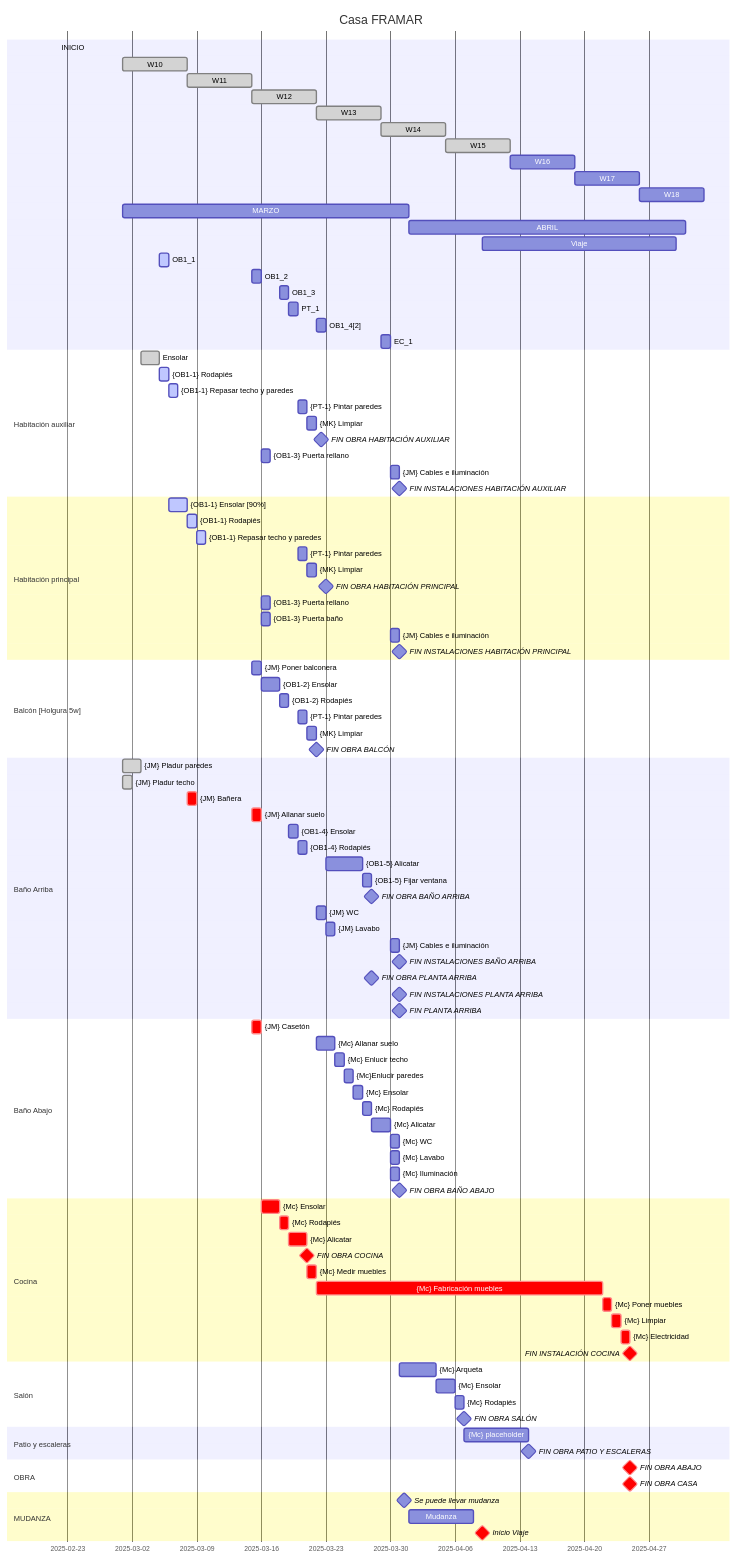
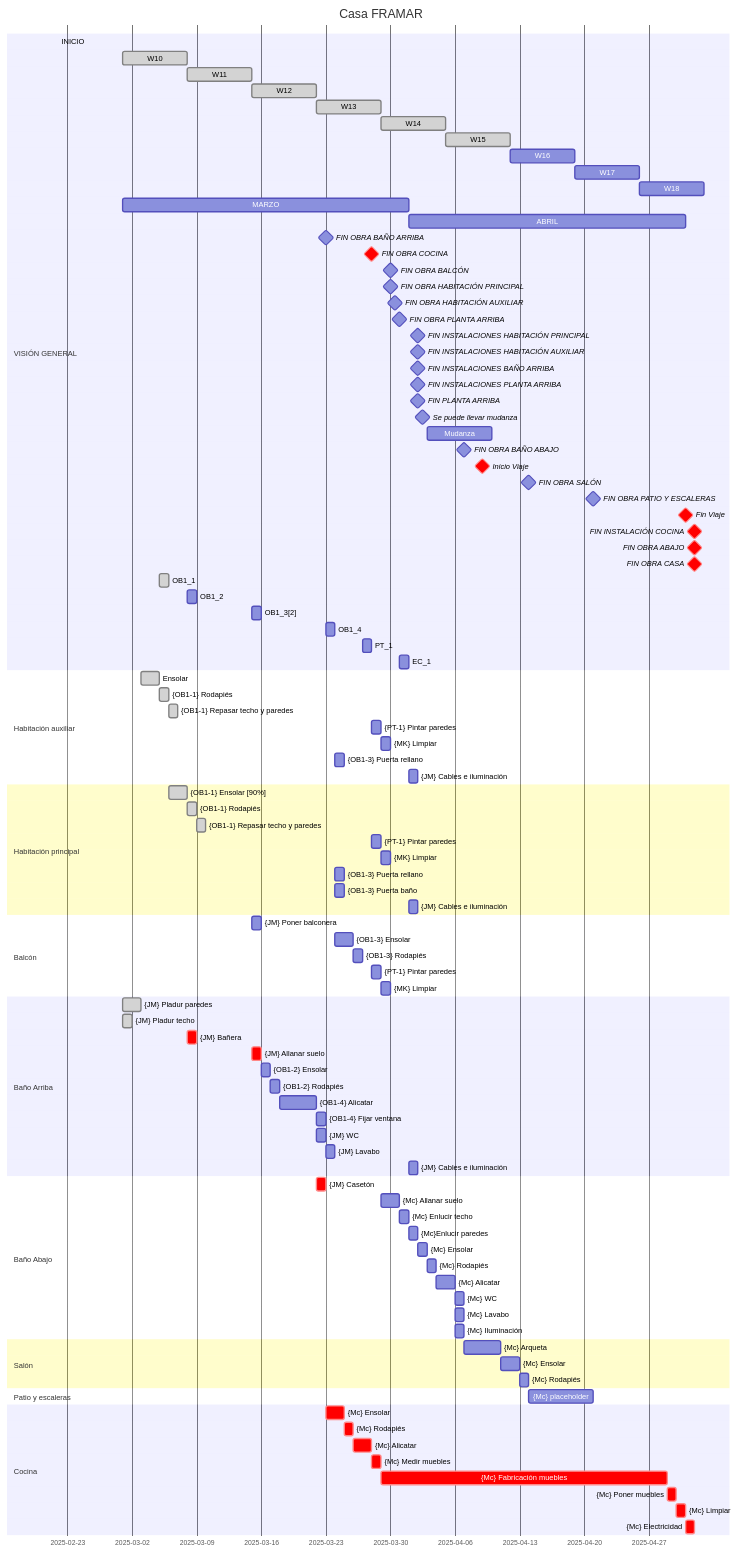
The first of 2 diagrams in Casa_Marcos.md (DiegoCLindsey/cajon_de_sastre), drawn with Mermaid before and after one commit. The commit also changed other lines of this file, not shown here.

Commit message:
Update Casa_Marcos.md
Reestructurar y añadir camino crítico por separado

````diff
--- a/Casa_Marcos.md
+++ b/Casa_Marcos.md
@@ -12,88 +12,108 @@
 
 dateFormat DD/MM/YY
 
-INICIO                              :INICIO, 22/02/25,0d
-
-W10                                 :done,  W10, 01/03/25, 7d
-W11                                 :done,  W11, 08/03/25, 7d
-W12                                 :done,  W12, 15/03/25, 7d
-W13                                 :done,  W13, 22/03/25, 7d
-W14                                 :done,  W14, 29/03/25, 7d
-W15                                 :done,  W15, 05/04/25, 7d
-W16                                 :       W16, 12/04/25, 7d
-W17                                 :       W17, 19/04/25, 7d
-W18                                 :       W18, 26/04/25, 7d
-
-MARZO                               :       MARZO, 01/03/25, 31d
-ABRIL                               :       ABRIL, 01/04/25, 30d
-Viaje                               :       VIAJE, after VIAJESTART, 21d
+section VISIÓN GENERAL
+    
+    
 
 
-OB1_1                               :active,OB1_1, 05/03/25, 1d
-OB1_2                               :       OB1_2, after W11, 1d
-OB1_3                               :       OB1_3, 18/03/25, 1d
-PT_1                                :       PT_1, after HB2, 1d
-OB1_4[2]                            :       OB1_4, after W12, 1d
-EC_1                                :       EC_1, after W13 HAFIN HPFIN HBFIN BAFIN, 1d
+    INICIO                              :INICIO, 22/02/25,0d
+
+    W10                                 :done,  W10, 01/03/25, 7d
+    W11                                 :done,  W11, 08/03/25, 7d
+    W12                                 :done,  W12, 15/03/25, 7d
+    W13                                 :done,  W13, 22/03/25, 7d
+    W14                                 :done,  W14, 29/03/25, 7d
+    W15                                 :done,  W15, 05/04/25, 7d
+    W16                                 :       W16, 12/04/25, 7d
+    W17                                 :       W17, 19/04/25, 7d
+    W18                                 :       W18, 26/04/25, 7d
+
+    MARZO                               :       MARZO, 01/03/25, 31d
+    ABRIL                               :       ABRIL, 01/04/25, 30d
+
+
+
+
+
+    FIN OBRA BAÑO ARRIBA            :milestone, BAFIN, after BA1 BA2 BA3 BA4 BA5 BA6 BA7, 0d
+    FIN OBRA COCINA                 :crit, milestone, CCFIN, after CC3, 0d
+    FIN OBRA BALCÓN                 :milestone,  HBFIN, after HB1 HB2 HB4 HB5, 0d
+
+    FIN OBRA HABITACIÓN PRINCIPAL   :milestone, HPFIN, after HP1 HP2 HP3 HP4 HP5, 0d
+    FIN OBRA HABITACIÓN AUXILIAR    :milestone, HAFIN, after HA1 HA2 HA3 HA4 HA5, 1d
+    FIN OBRA PLANTA ARRIBA          :milestone , AAFIN, after HBFIN HPFIN BAFIN HAFIN, 0d
+    
+    FIN INSTALACIONES HABITACIÓN PRINCIPAL :milestone, HPIFIN, after HP_I1 HP_I2 HP_I3, 0d
+    FIN INSTALACIONES HABITACIÓN AUXILIAR :milestone, HAIFIN, after HA_I1 HA_I2, 0d
+    FIN INSTALACIONES BAÑO ARRIBA  :milestone, BAIFIN, after BA_I1 BA_I2 BA_I3, 0d
+    FIN INSTALACIONES PLANTA ARRIBA :milestone , AAIFIN, after HPIFIN HAIFIN BAIFIN, 0d
+    FIN PLANTA ARRIBA              :milestone, PAFIN, after AAFIN AAIFIN, 0d
+
+    Se puede llevar mudanza                      :milestone,  HAMUD, after HPFIN HBFIN HAFIN HPIFIN HAIFIN BAIFIN, 1d
+    Mudanza                     :MUD, after HAMUD, 7d
+    FIN OBRA BAÑO ABAJO             :milestone, BJFIN, after BJ11, 0d
+
+    Inicio Viaje                        :milestone, crit, VIAJESTART, 09/04/25, 0d
+    FIN OBRA SALÓN                  :milestone, SLFIN, after SL3, 0d
+    FIN OBRA PATIO Y ESCALERAS      :milestone, PHFIN, after PH4, 0d
+    Fin Viaje                        :milestone, crit, VIAJESTART, 01/05/25, 0d
+    FIN INSTALACIÓN COCINA          :milestone, crit, CCIFIN, after CC4 CC5 CC6 CC7 CC8, 0d
+    FIN OBRA ABAJO                  :milestone, crit, ABFIN, after BJFIN CCFIN CCIFIN SLFIN PHFIN, 0d
+    FIN OBRA CASA                   :milestone, crit, FINOBRA , after PAFIN ABFIN , 0d
+
+
+    OB1_1                               :done,OB1_1, 05/03/25, 1d
+    OB1_2                               :       OB1_2, after W10, 1d
+    OB1_3[2]                            :       OB1_3, after W11, 1d
+    OB1_4                               :       OB1_4, after BAFIN, 1d
+    PT_1                                :       PT_1, after HB2 BA5 HP2 HA2, 1d
+    EC_1                                :       EC_1, after W13 HAFIN HPFIN HBFIN BAFIN, 1d
 
 
 section Habitación auxiliar
     Ensolar                         :done,  HA1, 03/03/2025, 2d
-    {OB1-1} Rodapiés                        :active,HA2, after HA1, 0.5d
-    {OB1-1} Repasar techo y paredes         :active,HA3, after HA2, 0.5d
-    {PT-1} Pintar paredes                  :       HA4, after PT_1, 1d
-    {MK} Limpiar                         :       HA5, after HA4, 0.5d
-    FIN OBRA HABITACIÓN AUXILIAR    :milestone, HAFIN, after HA1 HA2 HA3 HA4 HA5, 1d
+    {OB1-1} Rodapiés                :done,HA2, after HA1, 0.5d
+    {OB1-1} Repasar techo y paredes :done,HA3, after HA2, 0.5d
+    {PT-1} Pintar paredes           :       HA4, after PT_1, 1d
+    {MK} Limpiar                    :       HA5, after HA4, 0.5d
 
-    {OB1-3} Puerta rellano                  :       HA_I2, after OB1_2, 0.5d
-    {JM} Cables e iluminación            :       HA_I1, after EC_1, 0.5d
-    FIN INSTALACIONES HABITACIÓN AUXILIAR :milestone, HAIFIN, after HA_I1 HA_I2, 0d
-
+    {OB1-3} Puerta rellano          :       HA_I2, after OB1_4, 0.5d
+    {JM} Cables e iluminación       :       HA_I1, after EC_1, 0.5d
 
 section Habitación principal 
-    {OB1-1} Ensolar [90%]                   :active,HP1, after OB1_1, 2d
-    {OB1-1} Rodapiés                        :active,HP2, after HP1, 0.5d
-    {OB1-1} Repasar techo y paredes         :active,HP3, after HP2, 0.5d
-    {PT-1} Pintar paredes                  :     HP4, after PT_1, 0.5d
-    {MK} Limpiar                         :       HP5, after HP4, 0.5d
-    FIN OBRA HABITACIÓN PRINCIPAL   :milestone, HPFIN, after HAFIN, 0d
+    {OB1-1} Ensolar [90%]           :done,HP1, after OB1_1, 2d
+    {OB1-1} Rodapiés                :done,HP2, after HP1, 0.5d
+    {OB1-1} Repasar techo y paredes :done,HP3, after HP2, 0.5d
+    {PT-1} Pintar paredes           :     HP4, after PT_1, 0.5d
+    {MK} Limpiar                    :       HP5, after HP4, 0.5d
 
-    {OB1-3} Puerta rellano                  :       HP_I2, after OB1_2, 0.5d
-    {OB1-3} Puerta baño                     :       HP_I3, after OB1_2, 0.5d
-    {JM} Cables e iluminación            :       HP_I1, after EC_1, 0.5d
-    FIN INSTALACIONES HABITACIÓN PRINCIPAL :milestone, HPIFIN, after HP_I1 HP_I2 HP_I3, 0d
+    {OB1-3} Puerta rellano          :       HP_I2, after OB1_4, 0.5d
+    {OB1-3} Puerta baño             :       HP_I3, after OB1_4, 0.5d
+    {JM} Cables e iluminación       :       HP_I1, after EC_1, 0.5d
 
-section Balcón [Holgura 5w]
-    {JM} Poner balconera               :   HB6, after W11, 0.5d
-    {OB1-2} Ensolar                      :        HB1, after HB6, 2d
-    {OB1-2} Rodapiés                     :        HB2, after HB1, 1d
-    {PT-1} Pintar paredes                  :      HB4, after PT_1, 0.5d
-    {MK} Limpiar                         :        HB5, after HB4, 0.5d
-    FIN OBRA BALCÓN                 :milestone,  HBFIN, after HB1 HB2 HB4 HB5, 0d
+section Balcón
+    {JM} Poner balconera            :   HB6, after W11, 0.5d
+    {OB1-3} Ensolar                 :        HB1, after HB6 OB1_4, 2d
+    {OB1-3} Rodapiés                :        HB2, after HB1 OB1_4, 1d
+    {PT-1} Pintar paredes           :      HB4, after PT_1, 0.5d
+    {MK} Limpiar                    :        HB5, after HB4, 0.5d
 
 section Baño Arriba
     {JM} Pladur paredes             :done,  BA1, 03/01/2025, 2d
     {JM} Pladur techo               :done,  BA2, 03/01/2025, 1d
     {JM} Bañera                     :crit,   BA9, after W10, 1d
     {JM} Allanar suelo              :crit,   BA3, after W11 BA9, 1d
-    {OB1-4} Ensolar                 :       BA4, after OB1_3 BA3, 1d
-    {OB1-4} Rodapiés                :       BA5, after BA4, 1d
-    {OB1-5} Alicatar                :       BA6, after OB1_4 BA5, 4d
-    {OB1-5} Fijar ventana              :       BA7, after BA6, 0.5d
-    FIN OBRA BAÑO ARRIBA            :milestone, BAFIN, after BA1 BA2 BA3 BA4 BA5 BA6 BA7, 0d
+    {OB1-2} Ensolar                 :       BA4, after OB1_2 BA3, 1d
+    {OB1-2} Rodapiés                :       BA5, after BA4, 1d
+    {OB1-4} Alicatar                :       BA6, after OB1_3 BA5, 4d
+    {OB1-4} Fijar ventana           :       BA7, after BA6, 0.5d
     {JM} WC                         :  BA_I1, after W12 BA4, 0.5d
     {JM} Lavabo                     :  BA_I2, after BA_I1 BA4, 0.5d
-    {JM} Cables e iluminación     :       BA_I3, after EC_1 BAFIN, 1d
-    FIN INSTALACIONES BAÑO ARRIBA  :milestone, BAIFIN, after BA_I1 BA_I2 BA_I3, 0d
+    {JM} Cables e iluminación       :       BA_I3, after EC_1 BAFIN, 1d
     
-    FIN OBRA PLANTA ARRIBA          :milestone , AAFIN, after HAFIN BAFIN HPFIN, 0d
-    FIN INSTALACIONES PLANTA ARRIBA :milestone , AAIFIN, after HAIFIN BAIFIN HPIFIN, 0d
-
-    FIN PLANTA ARRIBA              :milestone, PAFIN, after AAFIN AAIFIN, 0d
-
-
 section Baño Abajo
-    {JM} Casetón                    :crit,        BJ1, after W11, 1d
+    {JM} Casetón                    :crit,        BJ1, after W12, 1d
     {Mc} Allanar suelo              :       BJ2, after CC4, 2d
     {Mc} Enlucir techo              :       BJ3, after BJ2, 0.5d
     {Mc}Enlucir paredes             :       BJ4, after BJ3, 0.5d
@@ -103,37 +123,23 @@
     {Mc} WC                         :       BJ8, after BJ7, 0.5d
     {Mc} Lavabo                     :       BJ9, after BJ7, 0.5d
     {Mc} Iluminación                :       BJ11, after BJ7, 0.5d
-    FIN OBRA BAÑO ABAJO             :milestone, BJFIN, after BJ11, 0d
+
+section Salón
+    {Mc} Arqueta                    :       SL1, after BJFIN, 4d
+    {Mc} Ensolar                    :       SL2, after SL1, 2d
+    {Mc} Rodapiés                   :       SL3, after SL2, 1d
+
+section Patio y escaleras
+    {Mc} placeholder                :       PH4, after SLFIN, 1w
 
 section Cocina
     {Mc} Ensolar                    :crit,        CC1, after BJ1, 2d
     {Mc} Rodapiés                   :crit,        CC2, after CC1, 1d
     {Mc} Alicatar                   :crit,        CC3, after CC2, 2d
-    FIN OBRA COCINA                 :crit, milestone, CCFIN, after CC3, 0d
     {Mc} Medir muebles              :crit,        CC4, after CC3, 0.5d
     {Mc} Fabricación muebles        :crit,        CC5, after CC4, 1M
     {Mc} Poner muebles              :crit,        CC6, after CC5, 1d
     {Mc} Limpiar                    :crit,        CC7, after CC6, 0.5d
     {Mc} Electricidad               :crit,        CC8, after CC7, 1d
-    FIN INSTALACIÓN COCINA          :milestone, crit, CCIFIN, after CC4 CC5 CC6 CC7 CC8, 0d
-
-section Salón
-    {Mc} Arqueta                    :       SL1, after BJFIN, 4d
-    {Mc} Ensolar                    :       SL2, after SL1, 2d
-    {Mc} Rodapiés                   :       SL3, after SL2, 1d
-    FIN OBRA SALÓN                  :milestone, SLFIN, after SL3, 0d
-
-section Patio y escaleras
-    {Mc} placeholder                :       PH4, after SLFIN, 1w
-    FIN OBRA PATIO Y ESCALERAS      :milestone, PHFIN, after PH4, 0d
-
-section OBRA
-    FIN OBRA ABAJO                  :milestone, crit, ABFIN, after BJFIN CCFIN CCIFIN SLFIN PHFIN, 0d
-    FIN OBRA CASA                   :milestone, crit, FINOBRA , after PAFIN ABFIN , 0d
-
-section MUDANZA
-    Se puede llevar mudanza                      :milestone,  HAMUD, after HPFIN HBFIN HAFIN HPIFIN HAIFIN BAIFIN, 1d
-    Mudanza                     :MUD, after HAMUD, 7d
-    Inicio Viaje                        :milestone, crit, VIAJESTART, 09/04/25, 0d
 
 ```
````
